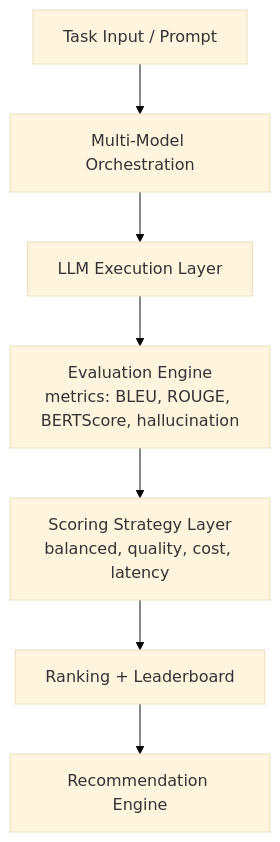
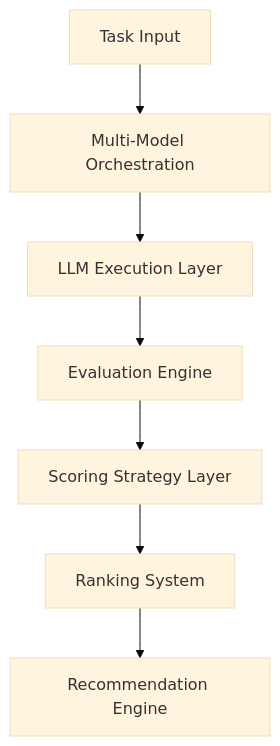
The diagram in README.md (NadiaR96/ai-orchestration-utility), drawn with Mermaid (base theme) before and after one commit. The commit also changed other lines of this file, not shown here.

````diff
--- a/README.md
+++ b/README.md
@@ -20,23 +35,13 @@
 ```mermaid
 flowchart TD
 
-    A[Task Input / Prompt]
+A[Task Input]
+B[Multi-Model Orchestration]
+C[LLM Execution Layer]
+D[Evaluation Engine]
+E[Scoring Strategy Layer]
+F[Ranking System]
+G[Recommendation Engine]
 
-    B[Multi-Model Orchestration]
-    C[LLM Execution Layer]
-
-    D[Evaluation Engine<br/>metrics: BLEU, ROUGE, BERTScore, hallucination]
-    
-    E[Scoring Strategy Layer<br/>balanced, quality, cost, latency]
-
-    F[Ranking + Leaderboard]
-
-    G[Recommendation Engine]
-
-    A --> B
-    B --> C
-    C --> D
-    D --> E
-    E --> F
-    F --> G
+A --> B --> C --> D --> E --> F --> G
 ```
````
